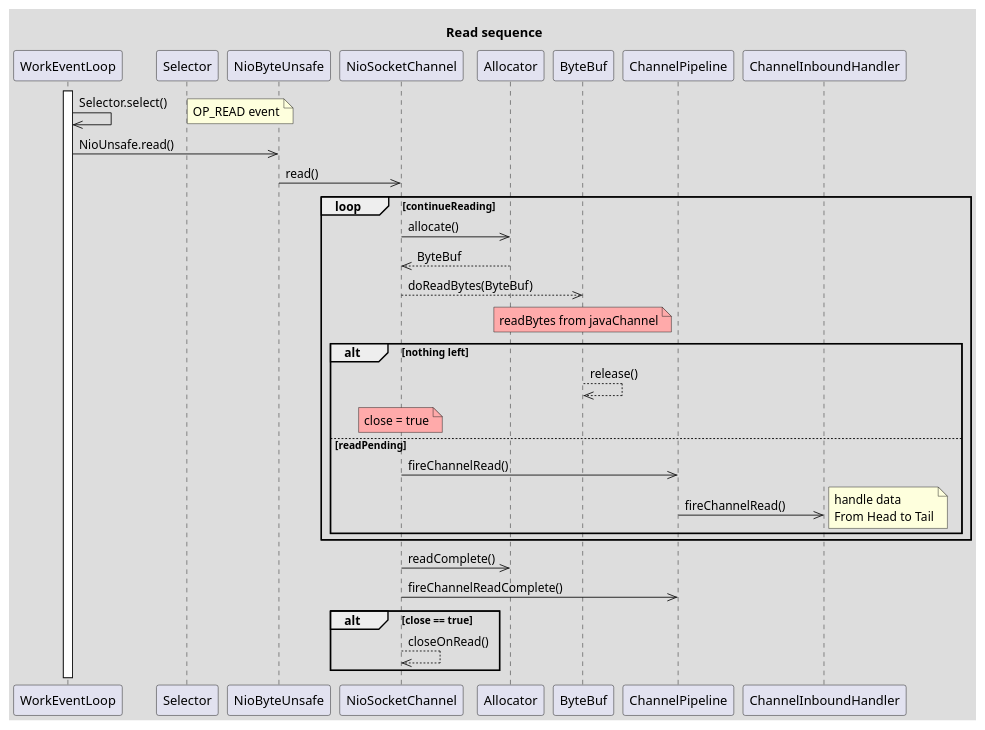
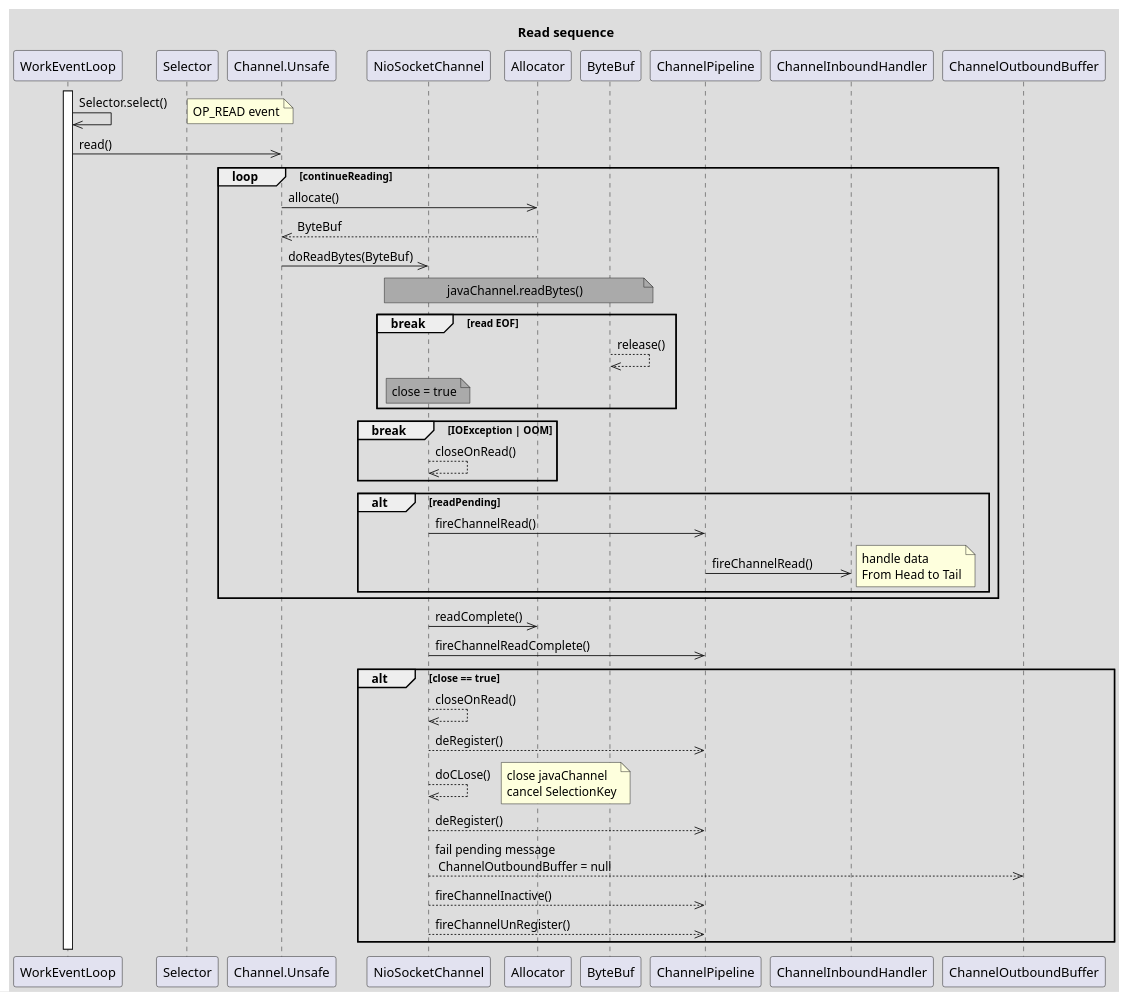
One commit to Robinpig/Note changed the third of 5 diagrams in docs/CS/Java/Netty/Netty.md. Above: the diagram before and after it, drawn with PlantUML. The commit also changed other lines of this file and 7 other files, not shown here.

````diff
--- a/docs/CS/Java/Netty/Netty.md
+++ b/docs/CS/Java/Netty/Netty.md
@@ -136,45 +140,59 @@
 ```plantuml
 skinparam backgroundColor #DDDDDD
 
 title: Read sequence
 participant WorkEventLoop as we
 participant Selector as se
 activate we
 we ->> we: Selector.select()
 note right: OP_READ event
-participant NioByteUnsafe as ue
-we ->> ue: NioUnsafe.read()
+participant Channel.Unsafe as ue
+we ->> ue: read()
 participant NioSocketChannel as so
 participant Allocator as ac
 participant ByteBuf as bb
 participant ChannelPipeline as pipe
 participant ChannelInboundHandler as ch
-ue ->> so: read()
 loop continueReading
-so ->> ac: allocate()
-ac -->> so: ByteBuf 
-so -->> bb: doReadBytes(ByteBuf) 
-note over bb #FFAAAA
-readBytes from javaChannel
-end note
-alt nothing left
-bb -->> bb: release()
-note over so #FFAAAA
-    close = true
-end note
-else readPending
-so ->> pipe: fireChannelRead()
-pipe ->> ch: fireChannelRead()
-note right
-    handle data
-    From Head to Tail
-end note
-end
+    ue ->> ac: allocate()
+    ac -->> ue: ByteBuf 
+    ue ->> so: doReadBytes(ByteBuf) 
+        note over so, bb #AAAAAA
+            javaChannel.readBytes()
+        end note
+    break read EOF
+    bb -->> bb: release()
+        note over so #AAAAAA
+            close = true
+        end note
+    end
+    break IOException | OOM
+        so -->> so: closeOnRead()
+    end
+    alt readPending
+        so ->> pipe: fireChannelRead()
+        pipe ->> ch: fireChannelRead()
+            note right
+                handle data
+                From Head to Tail
+            end note
+    end
 end
 so ->> ac: readComplete()
 so ->> pipe: fireChannelReadComplete()
+participant ChannelOutboundBuffer as ob
 alt close == true
-so -->> so: closeOnRead()
+    so -->> so: closeOnRead()
+    so -->> pipe: deRegister()
+    so -->> so: doCLose()
+        note right 
+        close javaChannel
+        cancel SelectionKey
+        end note
+    so -->> pipe: deRegister()
+    so -->> ob: fail pending message \n ChannelOutboundBuffer = null
+    so -->> pipe: fireChannelInactive()
+    so -->> pipe: fireChannelUnRegister()
 end
 
 ```
````
